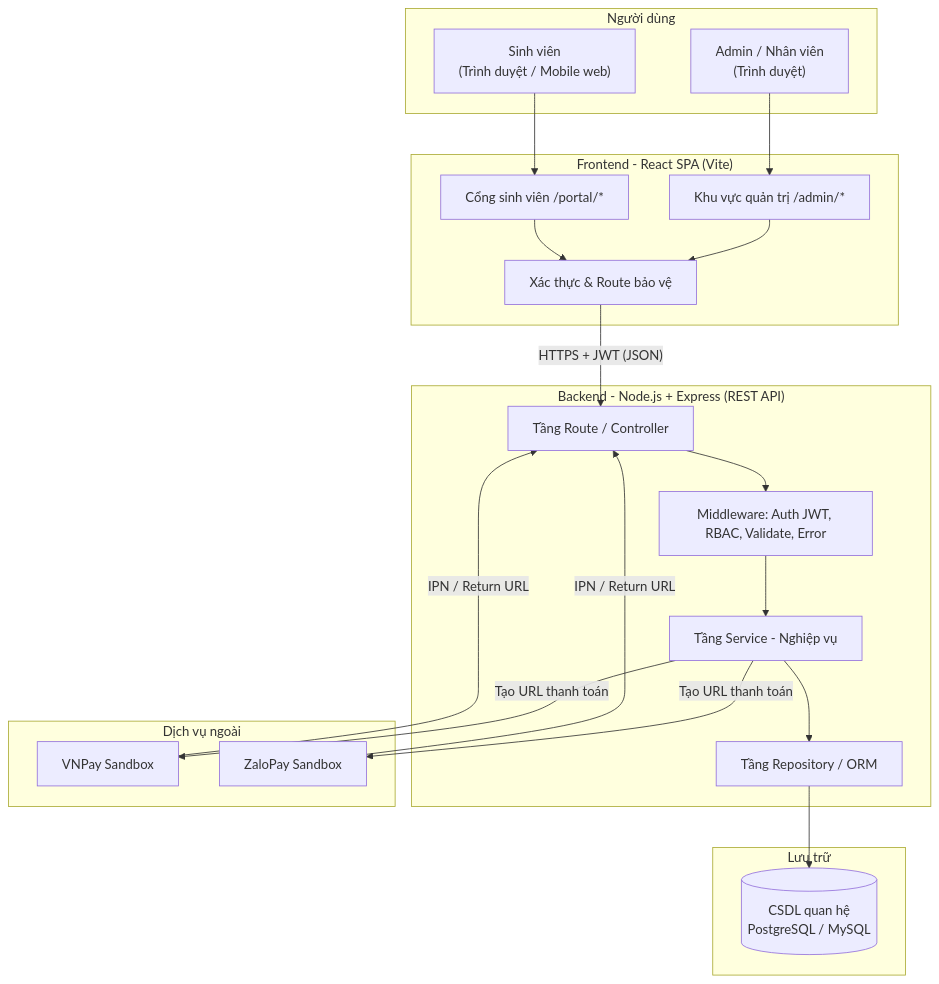
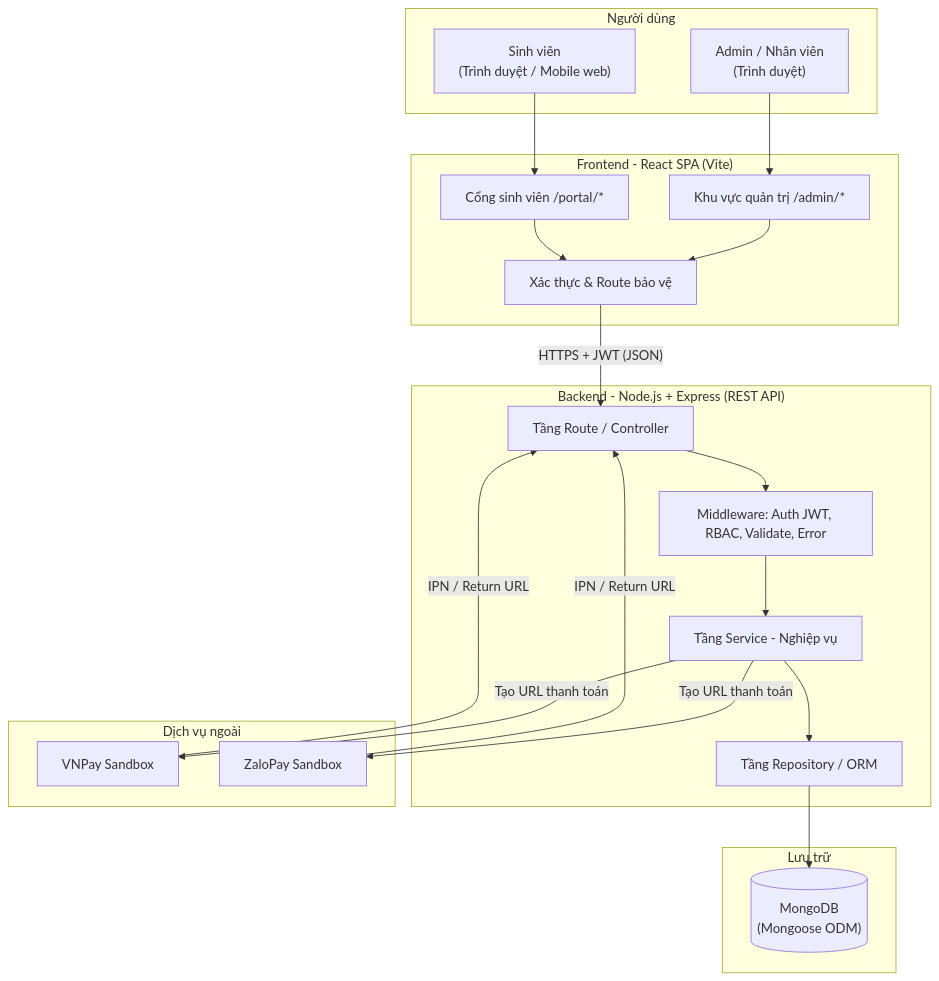
Before and after one commit to NguyenMinh205/FE_QuanLyKTX: the diagram in docs/01-TONG-QUAN-DU-AN.md, drawn with Mermaid. The commit also changed other lines of this file and 45 other files, not shown here.

````diff
--- a/docs/01-TONG-QUAN-DU-AN.md
+++ b/docs/01-TONG-QUAN-DU-AN.md
@@ -141,43 +141,43 @@
 ```mermaid
 flowchart TB
     subgraph Client["Người dùng"]
         A1["Admin / Nhân viên<br/>(Trình duyệt)"]
         A2["Sinh viên<br/>(Trình duyệt / Mobile web)"]
     end
 
     subgraph FE["Frontend - React SPA (Vite)"]
         F1["Khu vực quản trị /admin/*"]
         F2["Cổng sinh viên /portal/*"]
         F3["Xác thực & Route bảo vệ"]
     end
 
     subgraph BE["Backend - Node.js + Express (REST API)"]
         B1["Tầng Route / Controller"]
         B4["Middleware: Auth JWT, RBAC, Validate, Error"]
         B2["Tầng Service - Nghiệp vụ"]
         B3["Tầng Repository / ORM"]
     end
 
     subgraph Data["Lưu trữ"]
-        D1[("CSDL quan hệ<br/>PostgreSQL / MySQL")]
+        D1[("MongoDB<br/>(Mongoose ODM)")]
     end
 
     subgraph Ext["Dịch vụ ngoài"]
         E1["VNPay Sandbox"]
         E2["ZaloPay Sandbox"]
     end
 
     A1 --> F1
     A2 --> F2
     F1 --> F3
     F2 --> F3
     F3 -->|"HTTPS + JWT (JSON)"| B1
     B1 --> B4
     B4 --> B2
     B2 --> B3
     B3 --> D1
     B2 -->|"Tạo URL thanh toán"| E1
     B2 -->|"Tạo URL thanh toán"| E2
     E1 -->|"IPN / Return URL"| B1
     E2 -->|"IPN / Return URL"| B1
 ```
````
